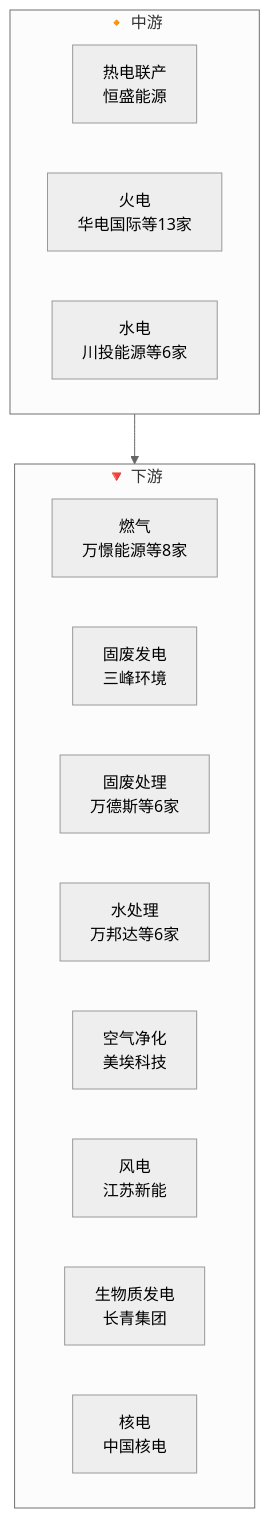
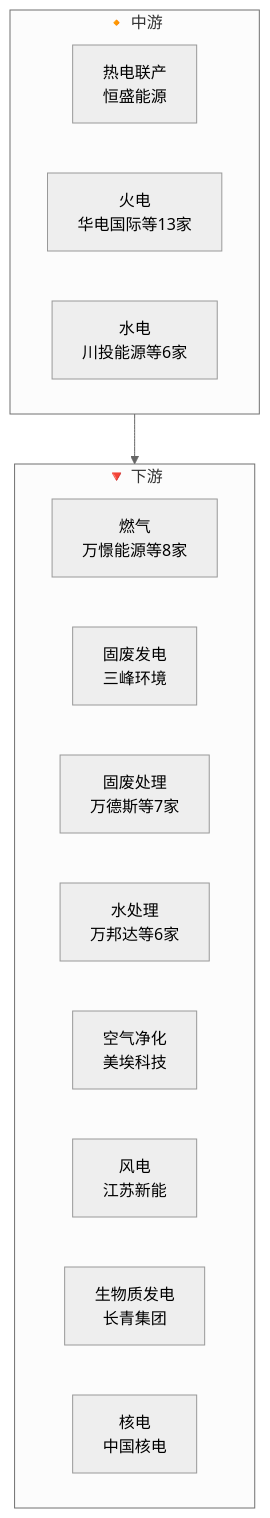
One commit to zhangbo1882/open-industry changed the diagram in industry/wiki/industries/公用事业产业链.md. Above: the diagram before and after it, drawn with Mermaid (neutral theme). The commit also changed other lines of this file and 7 other files, not shown here.

````diff
--- a/industry/wiki/industries/公用事业产业链.md
+++ b/industry/wiki/industries/公用事业产业链.md
@@ -17,19 +17,19 @@
 ```mermaid
 flowchart TB
     subgraph midstream["🔸 中游"]
         热电联产["热电联产<br/>恒盛能源"]
         火电["火电<br/>华电国际等13家"]
         水电["水电<br/>川投能源等6家"]
     end
     subgraph downstream["🔻 下游"]
         燃气["燃气<br/>万憬能源等8家"]
         固废发电["固废发电<br/>三峰环境"]
-        固废处理["固废处理<br/>万德斯等6家"]
+        固废处理["固废处理<br/>万德斯等7家"]
         水处理["水处理<br/>万邦达等6家"]
         空气净化["空气净化<br/>美埃科技"]
         风电["风电<br/>江苏新能"]
         生物质发电["生物质发电<br/>长青集团"]
         核电["核电<br/>中国核电"]
     end
     midstream --> downstream
 ```
````
